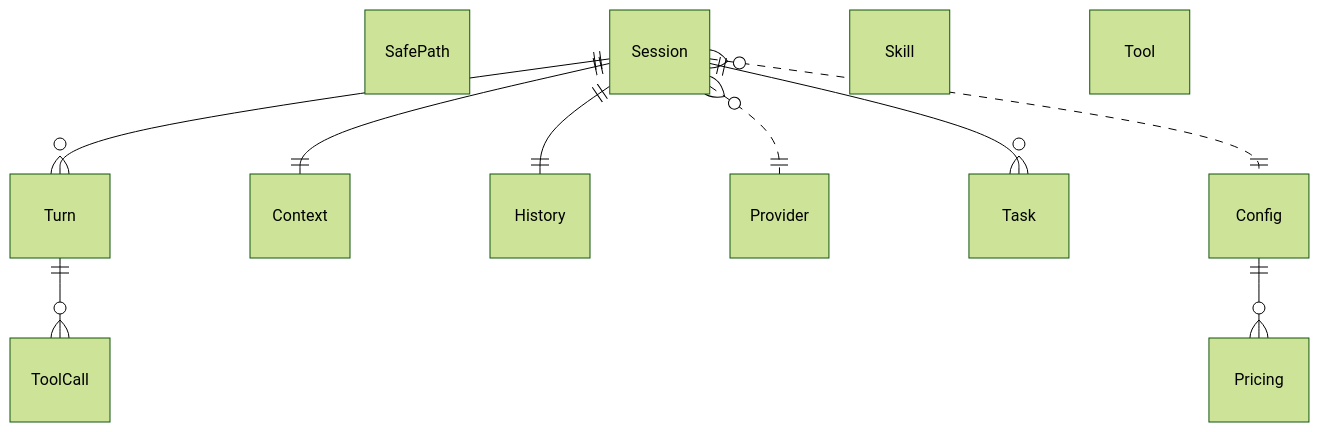
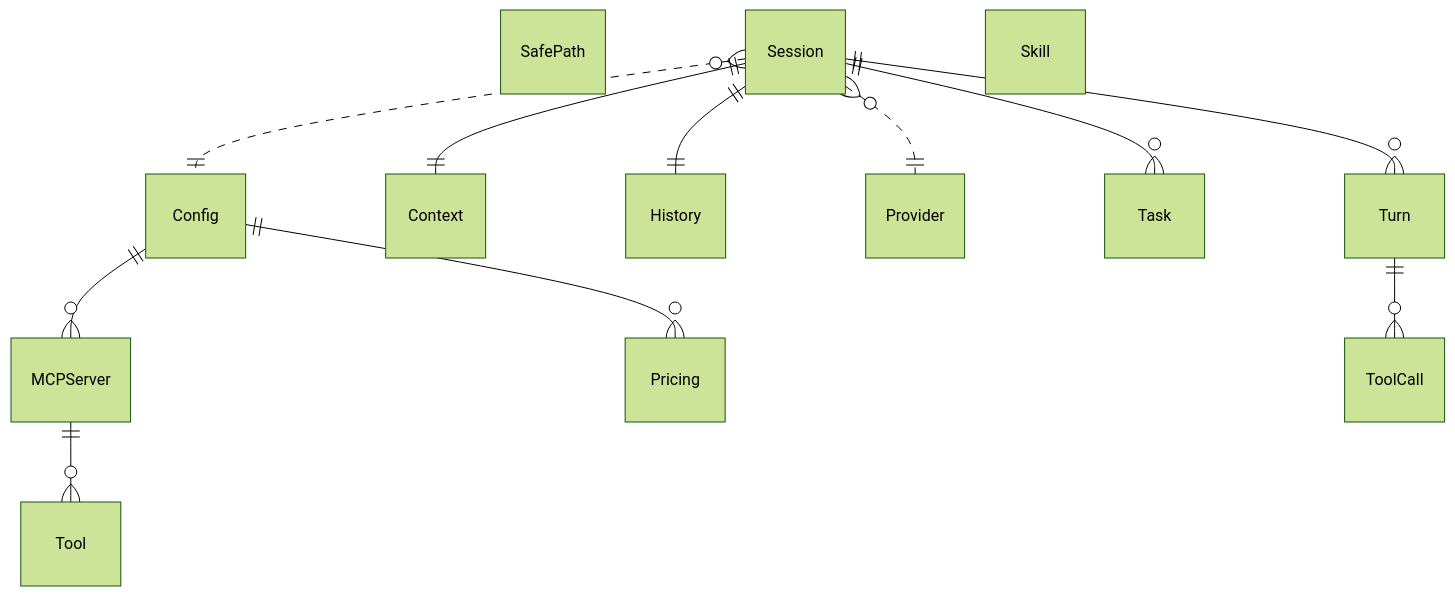
One commit to gosharplite/tell-me-go changed the diagram in docs/domain-model/tell-me-go.modelith.md. Above: the diagram before and after it, drawn with Mermaid (forest theme). The commit also changed other lines of this file and 37 other files, not shown here.

````diff
--- a/docs/domain-model/tell-me-go.modelith.md
+++ b/docs/domain-model/tell-me-go.modelith.md
@@ -317,23 +343,26 @@
 ```mermaid
 erDiagram
     Config {}
     Context {}
     History {}
+    MCPServer {}
     Pricing {}
     Provider {}
     SafePath {}
     Session {}
     Skill {}
     Task {}
     Tool {}
     ToolCall {}
     Turn {}
     Config ||--o{ Pricing : ""
+    Config ||--o{ MCPServer : ""
+    MCPServer ||--o{ Tool : ""
     Session ||--o{ Turn : ""
     Session }o..|| Config : ""
     Session }o..|| Provider : ""
     Session ||--|| History : ""
     Session ||--|| Context : ""
     Session ||--o{ Task : ""
     Turn ||--o{ ToolCall : ""
 ```
````
